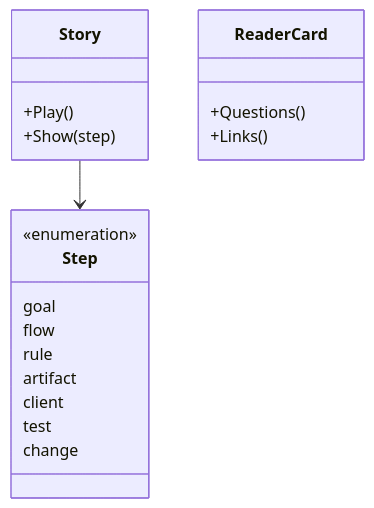
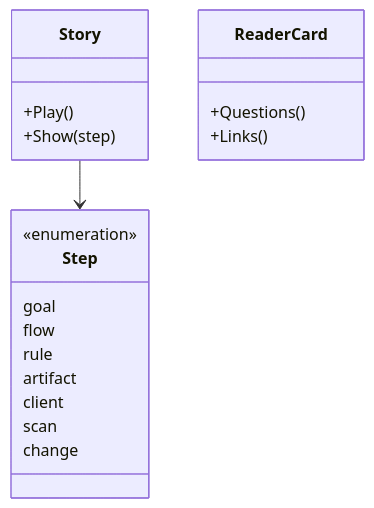
Before and after one commit to hieutran21198/Artifact-Driven-Framework: the first of 2 diagrams in docs/software-knowledges/artifacts/introduction/specification.md, drawn with Mermaid. The commit also changed other lines of this file and 4 other files, not shown here.

````diff
--- a/docs/software-knowledges/artifacts/introduction/specification.md
+++ b/docs/software-knowledges/artifacts/introduction/specification.md
@@ -8,22 +8,22 @@
 ```mermaid
 classDiagram
     class Story {
         +Play()
         +Show(step)
     }
     class Step {
         <<enumeration>>
         goal
         flow
         rule
         artifact
         client
-        test
+        scan
         change
     }
     class ReaderCard {
         +Questions()
         +Links()
     }
     Story --> Step
 ```
````
